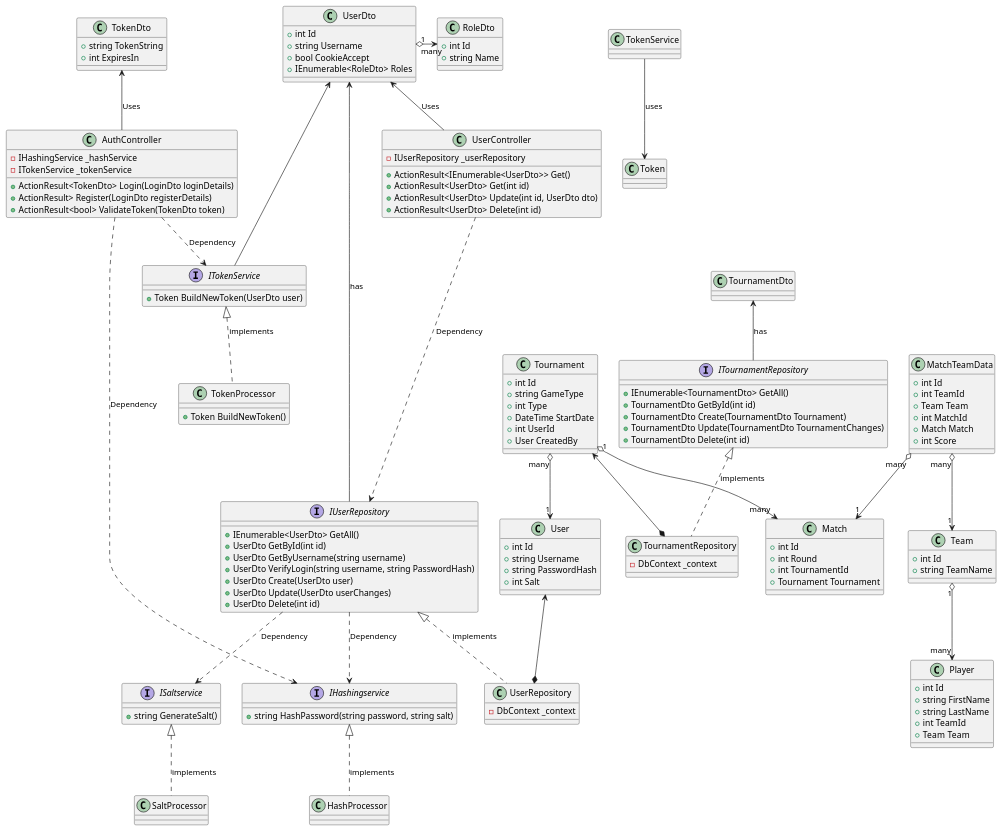
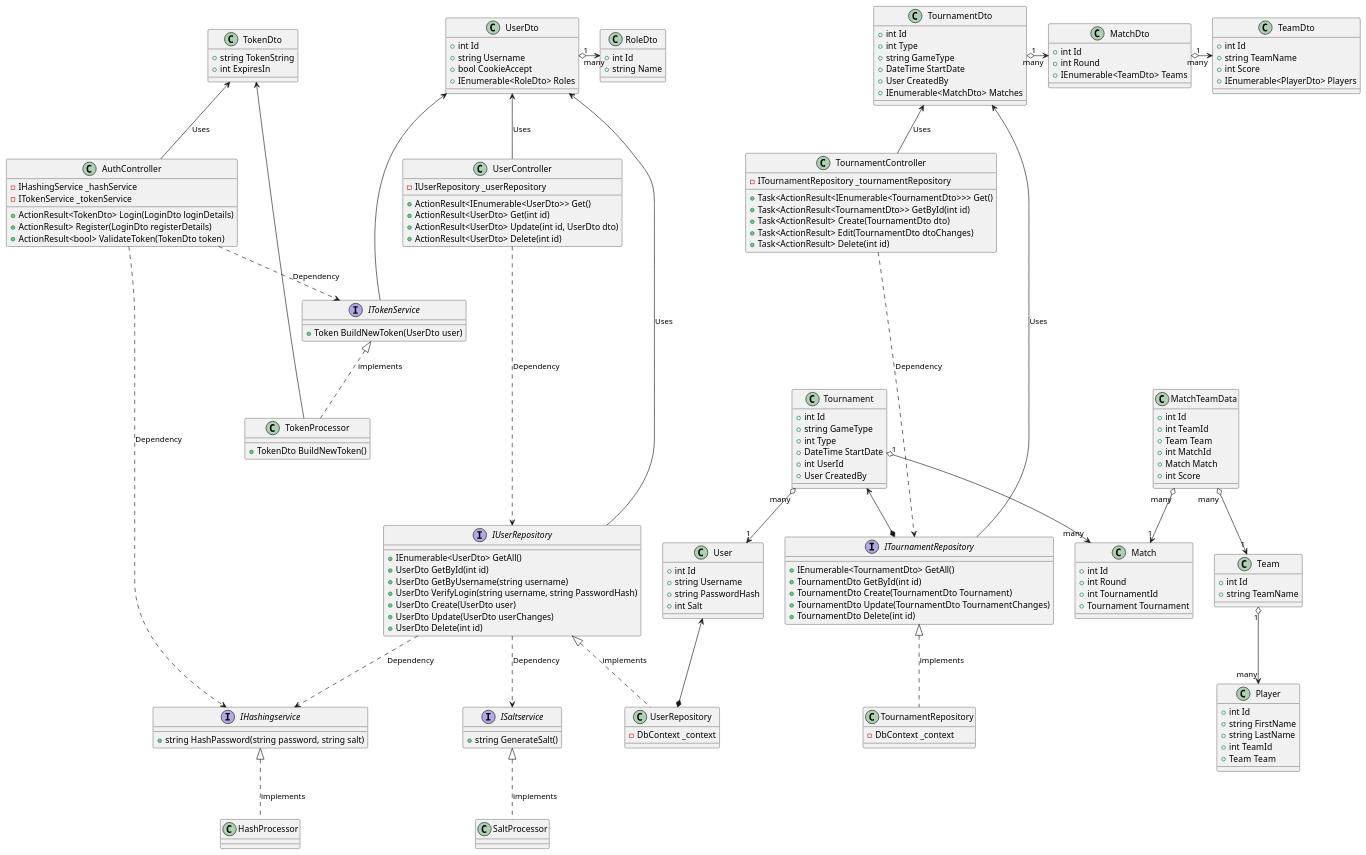
One commit to HovaUseles/H1-H3---TourneyPlanner changed the diagram in Docs/API_class_diagram.plantuml. Above: the diagram before and after it, drawn with PlantUML.

```diff
--- a/Docs/API_class_diagram.plantuml
+++ b/Docs/API_class_diagram.plantuml
@@ -22,6 +22,29 @@
     +int ExpiresIn
 }
 
+class TournamentDto {
+    +int Id
+    +int Type
+    +string GameType
+    +DateTime StartDate
+    +User CreatedBy
+    +IEnumerable<MatchDto> Matches
+}
+TournamentDto "1" o-> "many" MatchDto
+
+class MatchDto {
+    +int Id
+    +int Round
+    +IEnumerable<TeamDto> Teams
+}
+MatchDto "1" o-> "many" TeamDto
+
+class TeamDto {
+    +int Id
+    +string TeamName
+    +int Score
+    +IEnumerable<PlayerDto> Players
+}
 
 '***************'
 '* Controllers *'
@@ -46,6 +69,17 @@
 AuthController ..> IHashingService : Dependency
 AuthController ..> ITokenService : Dependency
 TokenDto <-- AuthController : Uses
+
+class TournamentController {
+    -ITournamentRepository _tournamentRepository
+    +Task<ActionResult<IEnumerable<TournamentDto>>> Get()
+    +Task<ActionResult<TournamentDto>> GetById(int id)
+    +Task<ActionResult> Create(TournamentDto dto)
+    +Task<ActionResult> Edit(TournamentDto dtoChanges)
+    +Task<ActionResult> Delete(int id)
+}
+TournamentController ....> ITournamentRepository : Dependency
+TournamentDto <-- TournamentController : Uses 
 
 '************'
 '* Services *'
@@ -75,9 +109,9 @@
 UserDto <--- ITokenService
 
 class TokenProcessor {
-    +Token BuildNewToken()
+    +TokenDto BuildNewToken()
 }
-TokenService --> Token : uses
+TokenDto <-- TokenProcessor
 ITokenService <|.. TokenProcessor : implements
 
 
@@ -149,7 +183,7 @@
     +UserDto Delete(int id)
 }
 User <--* UserRepository
-UserDto <-- IUserRepository : has
+UserDto <-- IUserRepository : Uses
 
 class UserRepository {
     -DbContext _context
@@ -165,8 +199,8 @@
     +TournamentDto Update(TournamentDto TournamentChanges)
     +TournamentDto Delete(int id)
 }
-Tournament <--* TournamentRepository
-TournamentDto <-- ITournamentRepository : has
+Tournament <--* ITournamentRepository
+TournamentDto <-- ITournamentRepository : Uses
 
 class TournamentRepository {
     -DbContext _context
```
